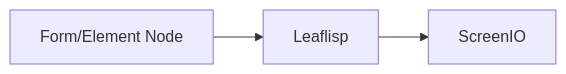
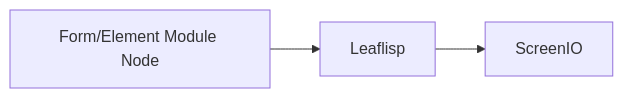
Before and after one commit to leafgon/leaf-docs: the diagram in docs/examples/frontend-example.md, drawn with Mermaid. The commit also changed 8 other files, not shown here.

Commit message:
docs: rename element taxonomy to element module and suit nodes

````diff
--- a/docs/examples/frontend-example.md
+++ b/docs/examples/frontend-example.md
@@ -10,5 +10,5 @@
 ```mermaid
 flowchart LR
-  F[Form/Element Node] --> T[Leaflisp]
+  F[Form/Element Module Node] --> T[Leaflisp]
   T --> S[ScreenIO]
 ```
````
